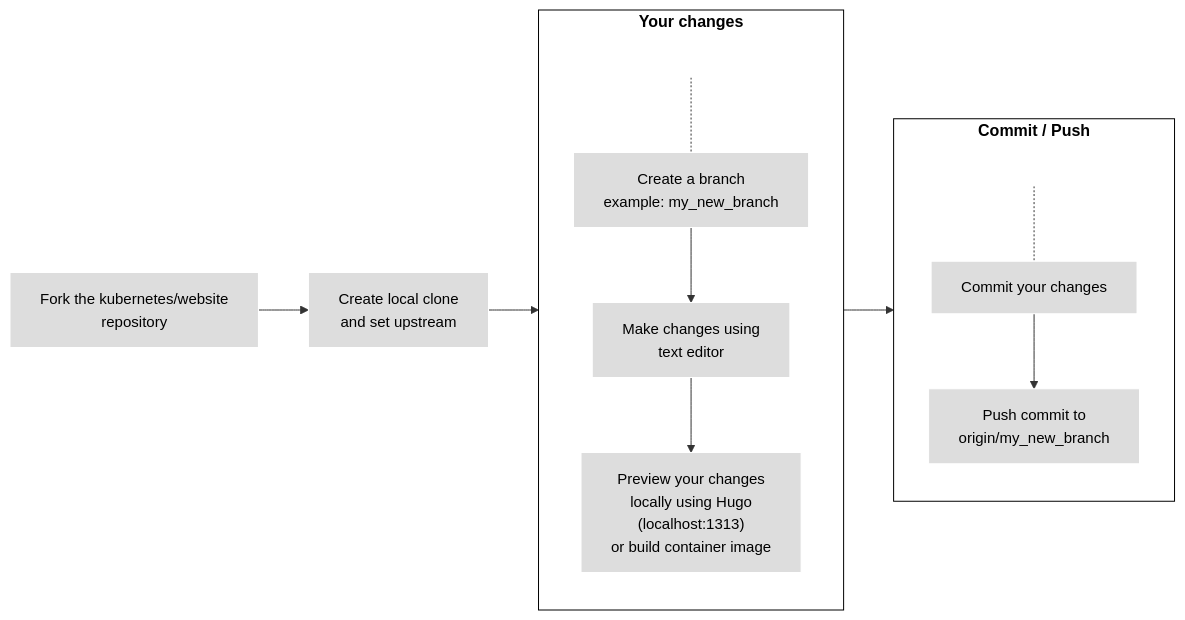
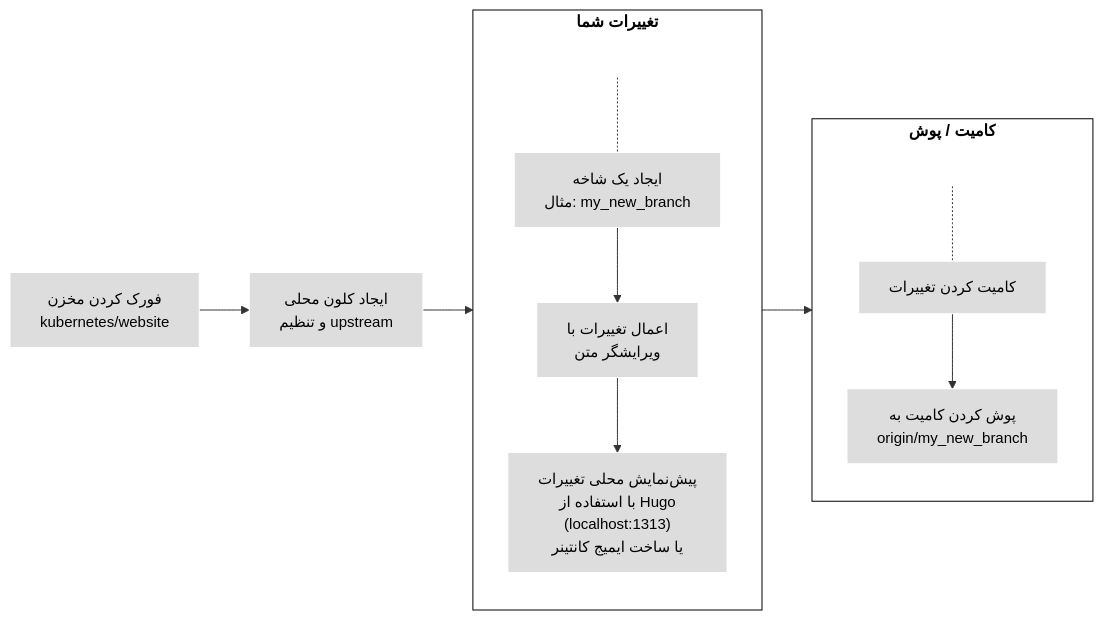
One commit to soroush67/kubernetes-doc-fa changed the second of 3 diagrams in md/contribute/new-content/open-a-pr.md. Above: the diagram before and after it, drawn with Mermaid. The commit also changed other lines of this file and 32 other files, not shown here.

```diff
--- a/md/contribute/new-content/open-a-pr.md
+++ b/md/contribute/new-content/open-a-pr.md
@@ -132,24 +128,24 @@
 {{< mermaid >}}
 flowchart LR
-1[Fork the kubernetes/website<br>repository] --> 2[Create local clone<br>and set upstream]
-subgraph changes[Your changes]
+1[فورک کردن مخزن<br>kubernetes/website] --> 2[ایجاد کلون محلی<br>و تنظیم upstream]
+subgraph changes[تغییرات شما]
 direction TB
 S[ ] -.-
-3[Create a branch<br>example: my_new_branch] --> 3a[Make changes using<br>text editor] --> 4["Preview your changes<br>locally using Hugo<br>(localhost:1313)<br>or build container image"]
+3[ایجاد یک شاخه<br>مثال: my_new_branch] --> 3a[اعمال تغییرات با<br>ویرایشگر متن] --> 4["پیش‌نمایش محلی تغییرات<br>با استفاده از Hugo<br>(localhost:1313)<br>یا ساخت ایمیج کانتینر"]
 end
-subgraph changes2[Commit / Push]
+subgraph changes2[کامیت / پوش]
 direction TB
 T[ ] -.-
-5[Commit your changes] --> 6[Push commit to<br>origin/my_new_branch]
+5[کامیت کردن تغییرات] --> 6[پوش کردن کامیت به<br>origin/my_new_branch]
 end
 
 2 --> changes --> changes2
 
 classDef grey fill:#dddddd,stroke:#ffffff,stroke-width:px,color:#000000, font-size:15px;
 classDef white fill:#ffffff,stroke:#000,stroke-width:px,color:#000,font-weight:bold
 classDef k8s fill:#326ce5,stroke:#fff,stroke-width:1px,color:#fff;
 classDef spacewhite fill:#ffffff,stroke:#fff,stroke-width:0px,color:#000
 class 1,2,3,3a,4,5,6 grey
 class S,T spacewhite
 class changes,changes2 white
 {{</ mermaid >}}
```
